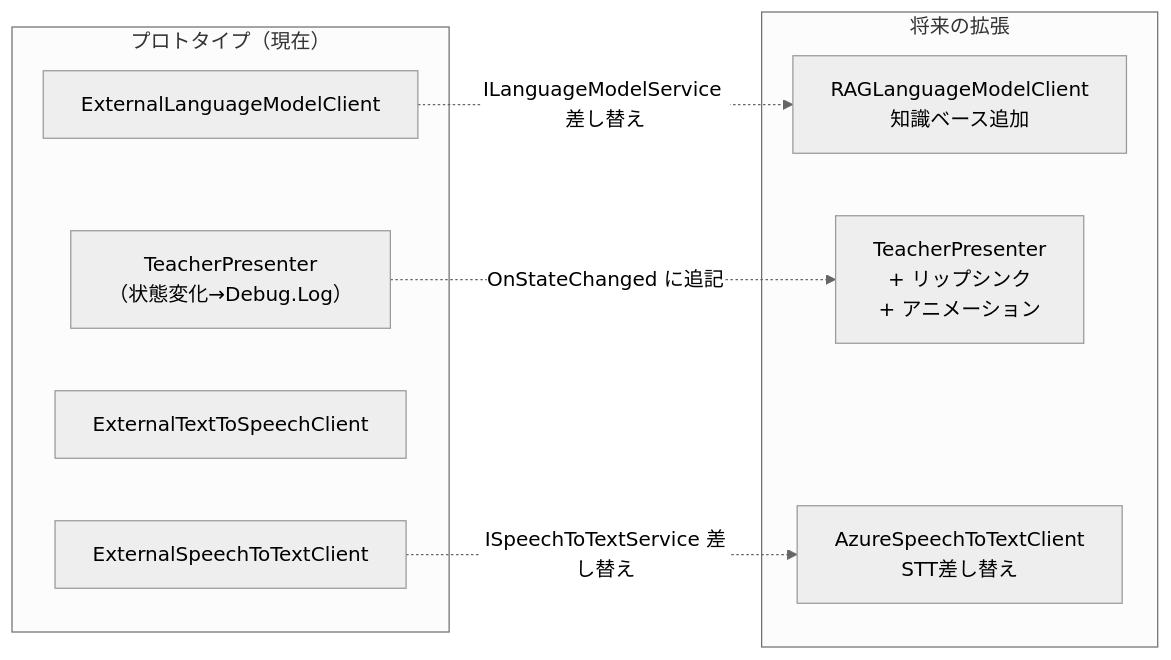
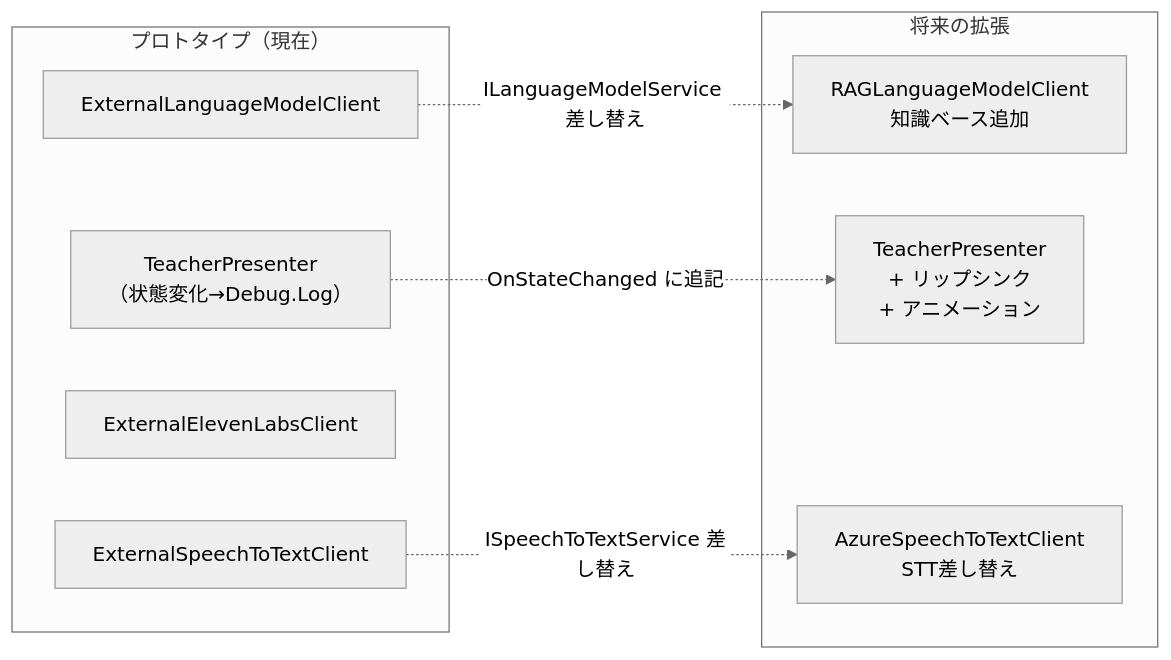
The fifth of 5 diagrams in prototype_design.md (ken00012/MRCharBase), drawn with Mermaid (neutral theme) before and after one commit. The commit also changed other lines of this file and 10 other files, not shown here.

````diff
--- a/prototype_design.md
+++ b/prototype_design.md
@@ -1016,17 +1029,17 @@
 ```mermaid
 graph LR
     subgraph "プロトタイプ（現在）"
         A1["ExternalSpeechToTextClient"]
         B1["ExternalLanguageModelClient"]
-        C1["ExternalTextToSpeechClient"]
+        C1["ExternalElevenLabsClient"]
         D1["TeacherPresenter\n（状態変化→Debug.Log）"]
     end
     subgraph "将来の拡張"
         B2["RAGLanguageModelClient\n知識ベース追加"]
         D2["TeacherPresenter\n+ リップシンク\n+ アニメーション"]
         E2["AzureSpeechToTextClient\nSTT差し替え"]
     end
     B1 -.->|ILanguageModelService 差し替え| B2
     D1 -.->|OnStateChanged に追記| D2
     A1 -.->|ISpeechToTextService 差し替え| E2
 ```
````
